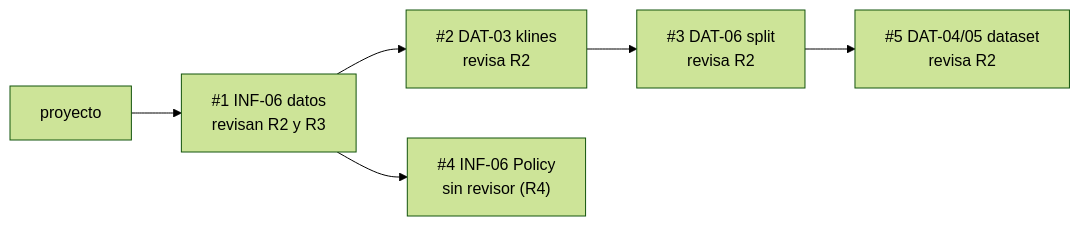
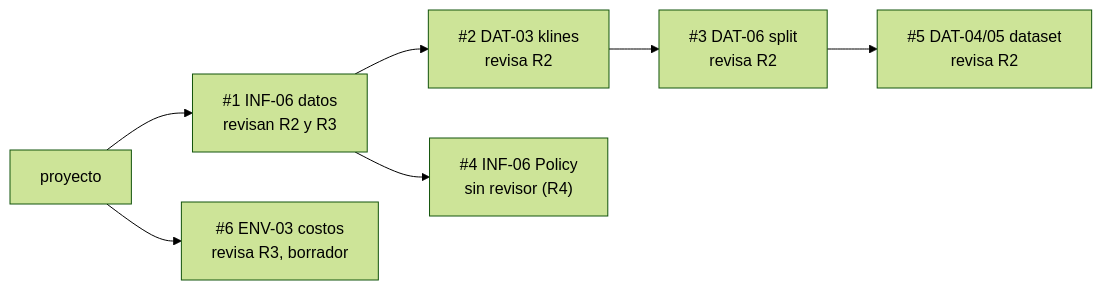
The first of 3 diagrams in docs/04_tareas.md (donmatthiuz/RL), drawn with Mermaid (forest theme) before and after one commit. The commit also changed other lines of this file and 1 other file, not shown here.

Commit message:
docs: agregar el PR de costos al tablero y aclarar quién lo actualiza

````diff
--- a/docs/04_tareas.md
+++ b/docs/04_tareas.md
@@ -27,6 +27,7 @@
 ```mermaid
 flowchart LR
     P["proyecto"] --> PR1["#1 INF-06 datos<br/>revisan R2 y R3"]
     PR1 --> PR2["#2 DAT-03 klines<br/>revisa R2"] --> PR3["#3 DAT-06 split<br/>revisa R2"] --> PR5["#5 DAT-04/05 dataset<br/>revisa R2"]
     PR1 --> PR4["#4 INF-06 Policy<br/>sin revisor (R4)"]
+    P --> PR6["#6 ENV-03 costos<br/>revisa R3, borrador"]
 ```
````
